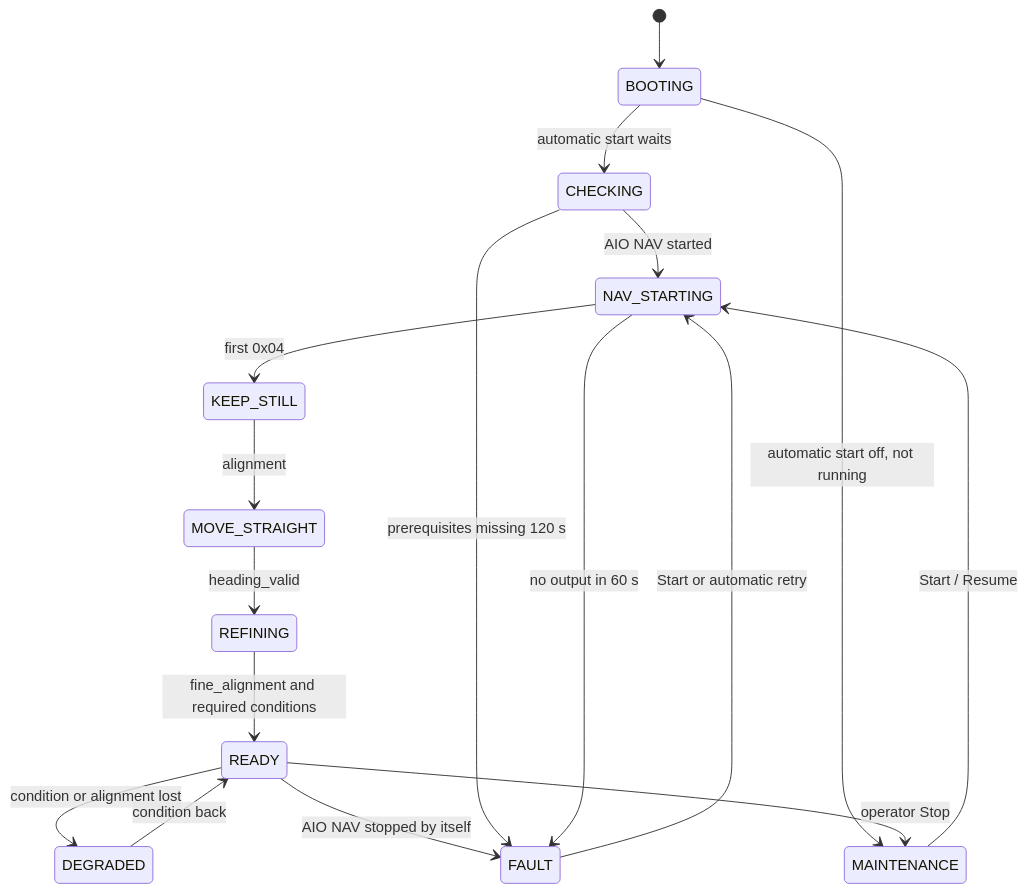
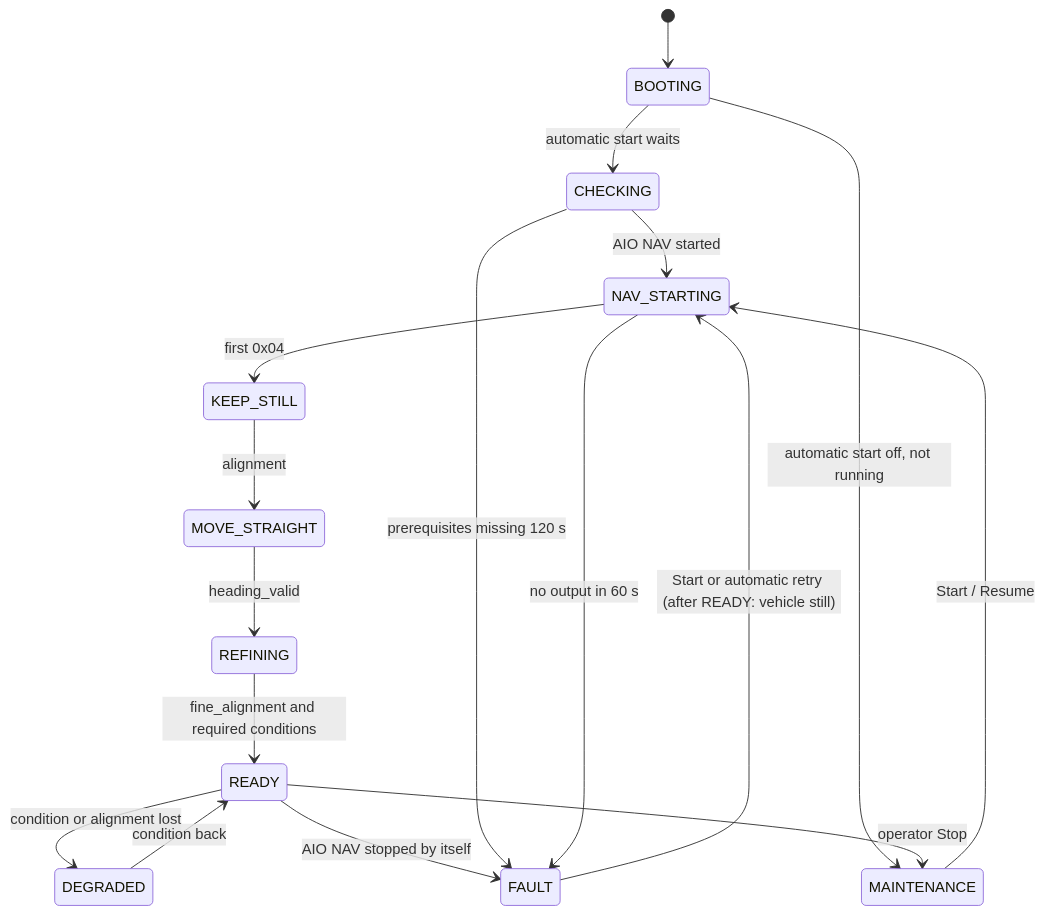
Before and after one commit to lemongrasses/web_monitor: the third of 6 diagrams in docs/FLOWS.md, drawn with Mermaid. The commit also changed other lines of this file and 4 other files, not shown here.

Commit message:
docs: installer system changes in both configuration manuals; hotspot copies need iw; FLOWS autostart chart matches the coordinator

````diff
--- a/docs/FLOWS.md
+++ b/docs/FLOWS.md
@@ -70,19 +70,19 @@
 ```mermaid
 stateDiagram-v2
   [*] --> BOOTING
   BOOTING --> CHECKING: automatic start waits
   BOOTING --> MAINTENANCE: automatic start off, not running
   CHECKING --> NAV_STARTING: AIO NAV started
   MAINTENANCE --> NAV_STARTING: Start / Resume
   NAV_STARTING --> KEEP_STILL: first 0x04
   KEEP_STILL --> MOVE_STRAIGHT: alignment
   MOVE_STRAIGHT --> REFINING: heading_valid
   REFINING --> READY: fine_alignment and required conditions
   READY --> DEGRADED: condition or alignment lost
   DEGRADED --> READY: condition back
   READY --> FAULT: AIO NAV stopped by itself
   CHECKING --> FAULT: prerequisites missing 120 s
   NAV_STARTING --> FAULT: no output in 60 s
-  FAULT --> NAV_STARTING: Start or automatic retry
+  FAULT --> NAV_STARTING: Start or automatic retry (after READY: vehicle still)
   READY --> MAINTENANCE: operator Stop
 ```
````
